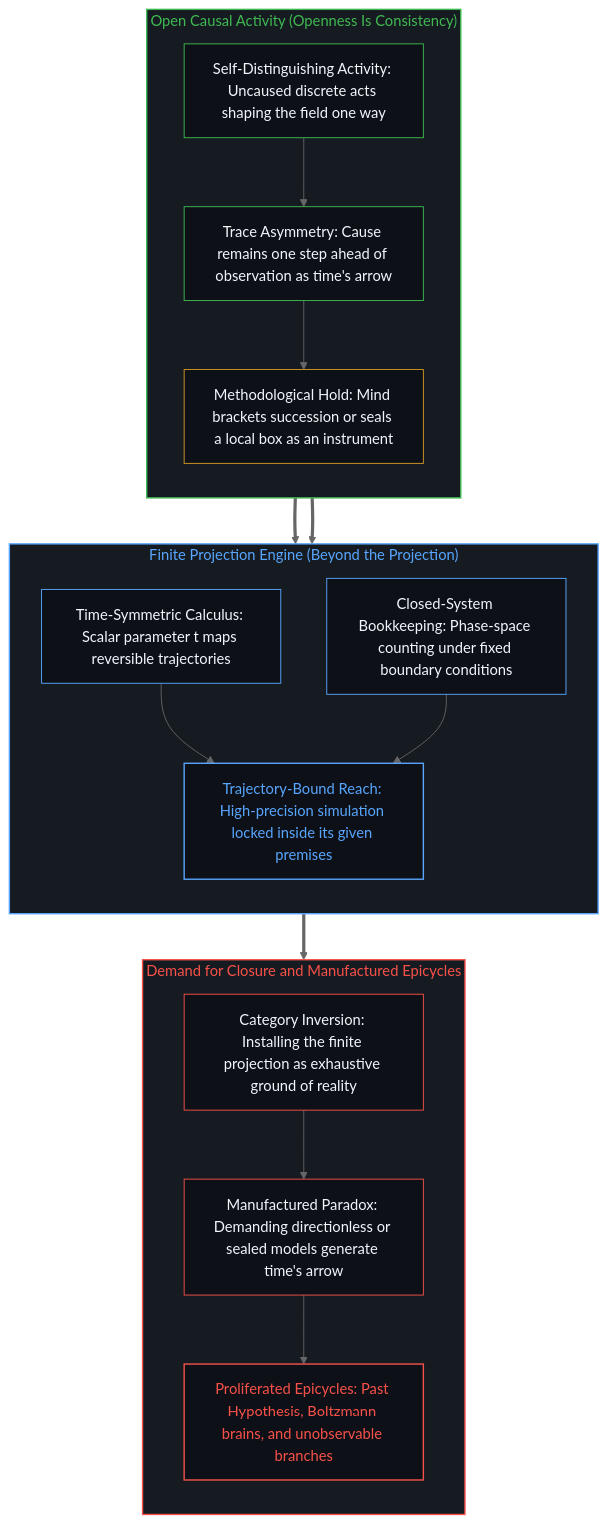
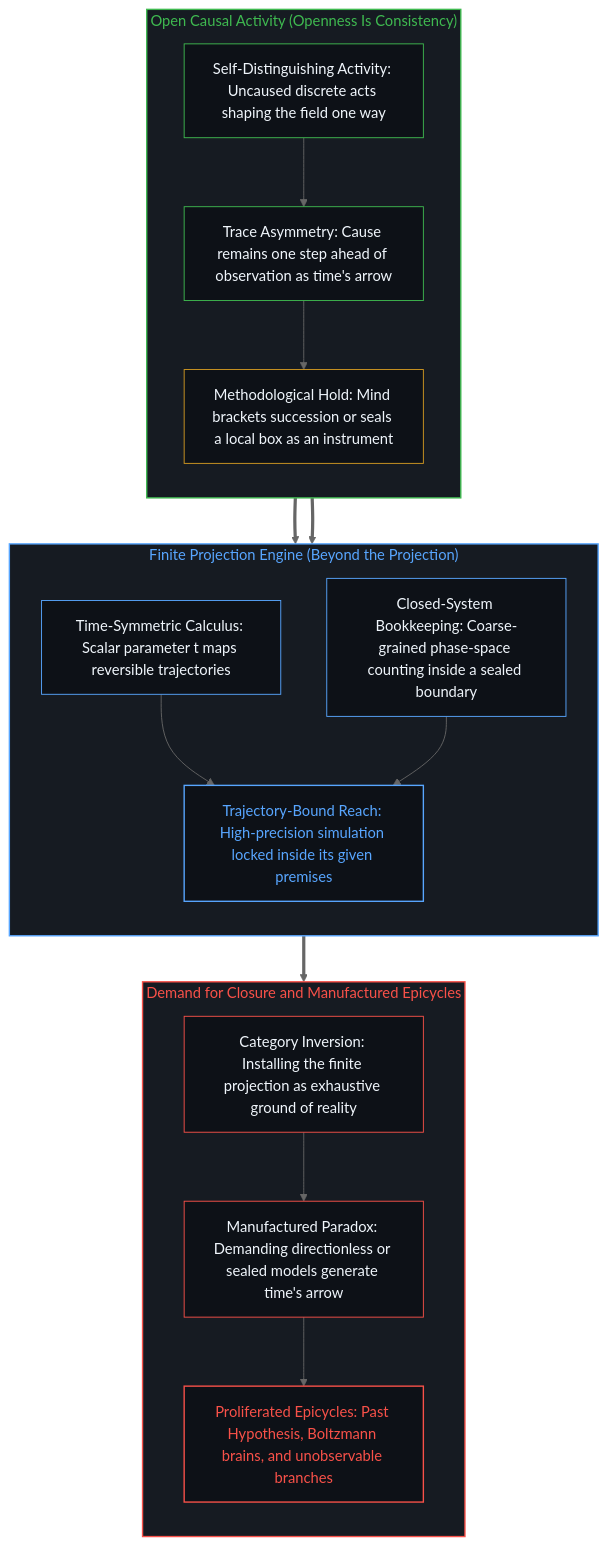
The second of 2 diagrams in content/posts/the-mirage-of-times-arrow-and-the-boundaries-of-simulation.md (powerpig99/not-a-toe), drawn with Mermaid (neutral theme) before and after one commit. The commit also changed other lines of this file and 7 other files, not shown here.

````diff
--- a/content/posts/the-mirage-of-times-arrow-and-the-boundaries-of-simulation.md
+++ b/content/posts/the-mirage-of-times-arrow-and-the-boundaries-of-simulation.md
@@ -70,40 +70,40 @@
 ```mermaid
 flowchart TD
     subgraph S_OpenEdge ["Open Causal Activity (Openness Is Consistency)"]
         direction TB
         O_Act["Self-Distinguishing Activity: Uncaused discrete acts shaping the field one way"]
         O_Asym["Trace Asymmetry: Cause remains one step ahead of observation as time's arrow"]
         O_Hold["Methodological Hold: Mind brackets succession or seals a local box as an instrument"]
         O_Act --> O_Asym --> O_Hold
     end
     subgraph S_Projection ["Finite Projection Engine (Beyond the Projection)"]
         direction TB
         P_Sym["Time-Symmetric Calculus: Scalar parameter t maps reversible trajectories"]
-        P_Box["Closed-System Bookkeeping: Phase-space counting under fixed boundary conditions"]
+        P_Box["Closed-System Bookkeeping: Coarse-grained phase-space counting inside a sealed boundary"]
         P_Limit["Trajectory-Bound Reach: High-precision simulation locked inside its given premises"]
         P_Sym --> P_Limit
         P_Box --> P_Limit
     end
     subgraph S_Inversion ["Demand for Closure and Manufactured Epicycles"]
         direction TB
         I_Reify["Category Inversion: Installing the finite projection as exhaustive ground of reality"]
         I_Paradox["Manufactured Paradox: Demanding directionless or sealed models generate time's arrow"]
         I_Patch["Proliferated Epicycles: Past Hypothesis, Boltzmann brains, and unobservable branches"]
         I_Reify --> I_Paradox --> I_Patch
     end
     O_Hold ==> P_Sym
     O_Hold ==> P_Box
     P_Limit ==> I_Reify
     style S_OpenEdge fill:#161b22,stroke:#3fb950,stroke-width:1.5px,color:#3fb950
     style S_Projection fill:#161b22,stroke:#58a6ff,stroke-width:1.5px,color:#58a6ff
     style S_Inversion fill:#161b22,stroke:#f85149,stroke-width:1.5px,color:#f85149
     style O_Act fill:#0d1117,stroke:#3fb950,stroke-width:1px,color:#f0f6fc
     style O_Asym fill:#0d1117,stroke:#3fb950,stroke-width:1px,color:#f0f6fc
     style O_Hold fill:#0d1117,stroke:#d29922,stroke-width:1px,color:#f0f6fc
     style P_Sym fill:#0d1117,stroke:#58a6ff,stroke-width:1px,color:#f0f6fc
     style P_Box fill:#0d1117,stroke:#58a6ff,stroke-width:1px,color:#f0f6fc
     style P_Limit fill:#0d1117,stroke:#58a6ff,stroke-width:1.5px,color:#58a6ff
     style I_Reify fill:#0d1117,stroke:#f85149,stroke-width:1px,color:#f0f6fc
     style I_Paradox fill:#0d1117,stroke:#f85149,stroke-width:1px,color:#f0f6fc
     style I_Patch fill:#0d1117,stroke:#f85149,stroke-width:1.5px,color:#f85149
 ```
````
